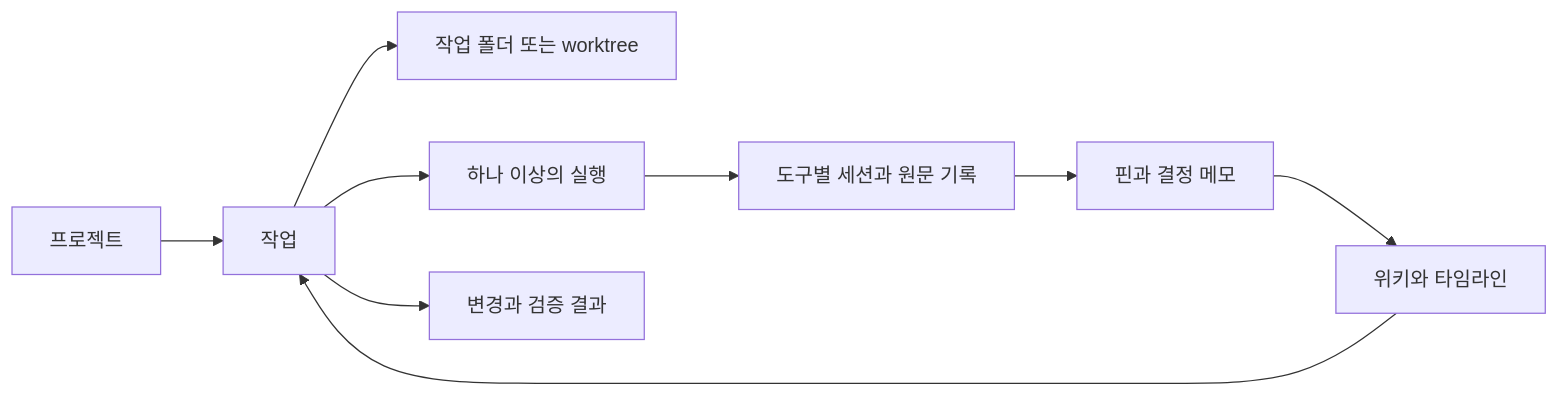
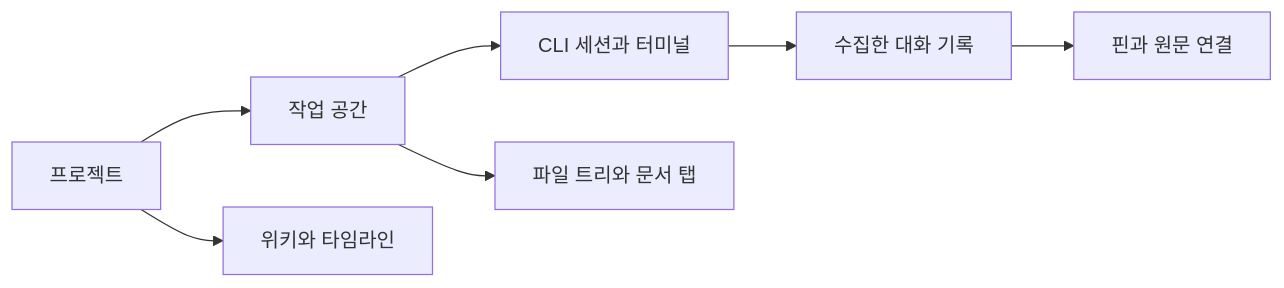
Before and after one commit to gjeon03/runwick: the diagram in docs/product-direction.md, drawn with Mermaid. The commit also changed other lines of this file and 3 other files, not shown here.

````diff
--- a/docs/product-direction.md
+++ b/docs/product-direction.md
@@ -26,11 +34,9 @@
 ```mermaid
 flowchart LR
-    Project[프로젝트] --> Work[작업]
-    Work --> Workspace[작업 폴더 또는 worktree]
-    Work --> Run[하나 이상의 실행]
-    Run --> Session[도구별 세션과 원문 기록]
-    Work --> Review[변경과 검증 결과]
-    Session --> Notes[핀과 결정 메모]
-    Notes --> Knowledge[위키와 타임라인]
-    Knowledge --> Work
+    Project[프로젝트] --> Workspace[작업 공간]
+    Workspace --> Session[CLI 세션과 터미널]
+    Workspace --> Files[파일 트리와 문서 탭]
+    Session --> History[수집한 대화 기록]
+    History --> Pins[핀과 원문 연결]
+    Project --> Knowledge[위키와 타임라인]
 ```
````
